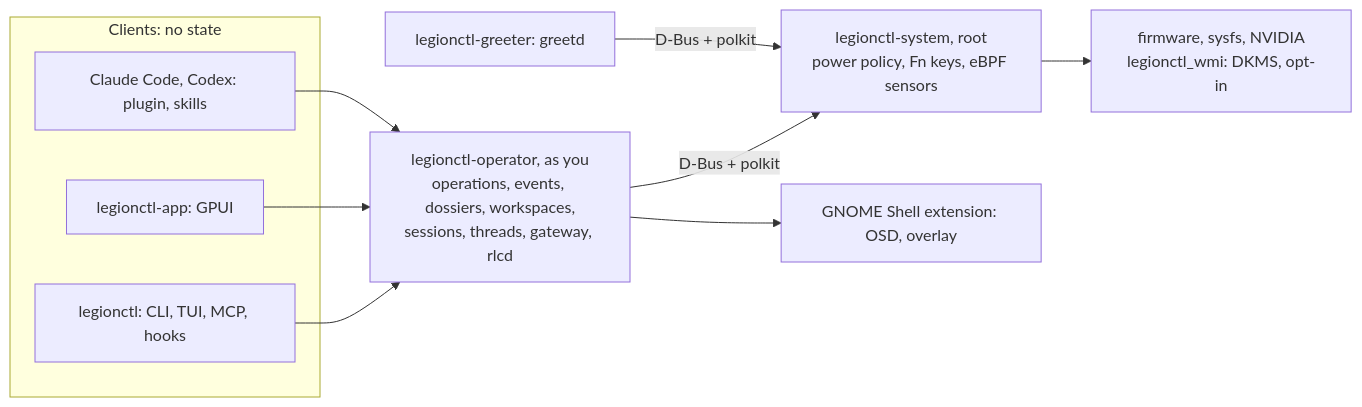
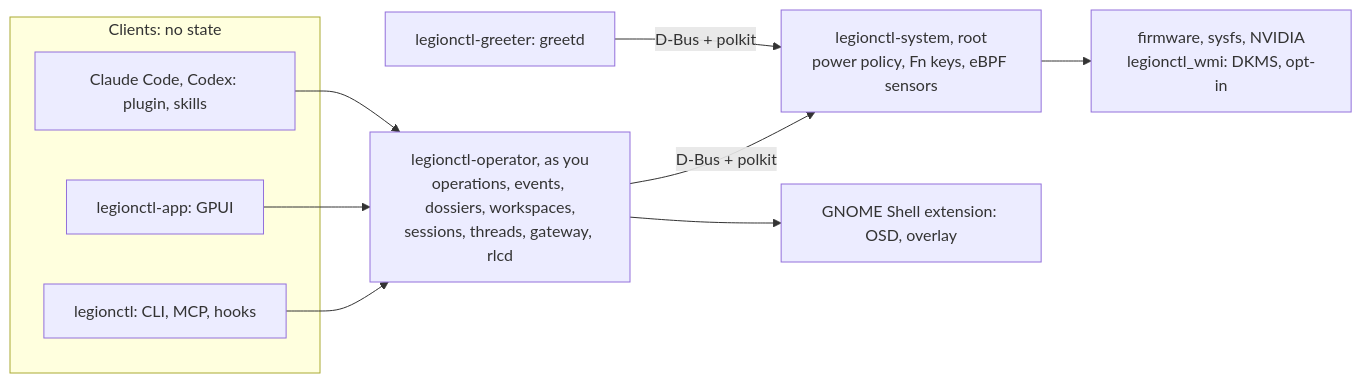
One commit to ksquarekumar/lenovolegionlinux changed the diagram in README.md. Above: the diagram before and after it, drawn with Mermaid. The commit also changed other lines of this file and 35 other files, not shown here.

````diff
--- a/README.md
+++ b/README.md
@@ -34,20 +34,20 @@
 ```mermaid
 flowchart LR
   subgraph clients["Clients: no state"]
-    cli["legionctl: CLI, TUI, MCP, hooks"]
+    cli["legionctl: CLI, MCP, hooks"]
     app["legionctl-app: GPUI"]
     agents["Claude Code, Codex: plugin, skills"]
   end
   op["legionctl-operator, as you<br/>operations, events, dossiers, workspaces,<br/>sessions, threads, gateway, rlcd"]
   sys["legionctl-system, root<br/>power policy, Fn keys, eBPF sensors"]
   hw["firmware, sysfs, NVIDIA<br/>legionctl_wmi: DKMS, opt-in"]
   osd["GNOME Shell extension: OSD, overlay"]
   greeter["legionctl-greeter: greetd"]
   cli --> op
   app --> op
   agents --> op
   op -->|"D-Bus + polkit"| sys
   greeter -->|"D-Bus + polkit"| sys
   sys --> hw
   op --> osd
 ```
````
